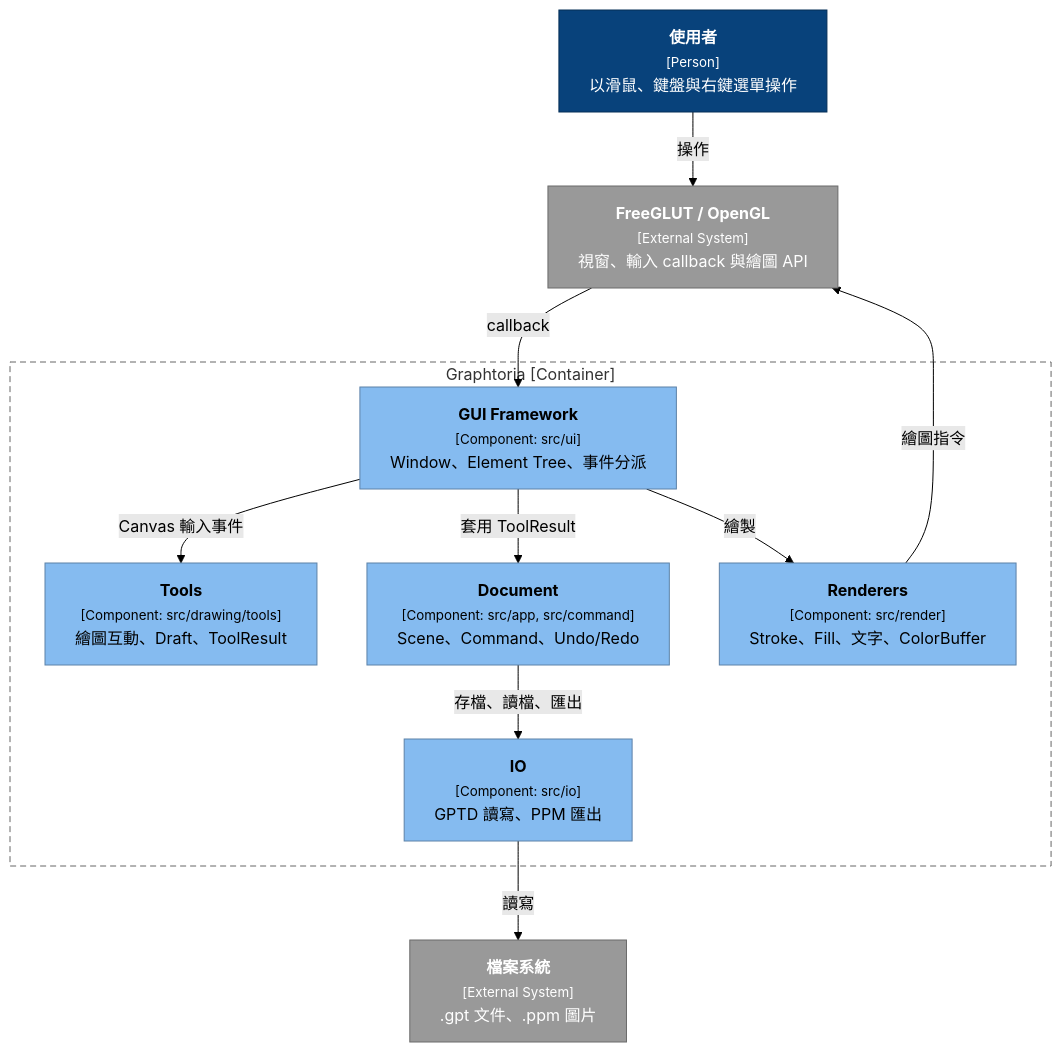
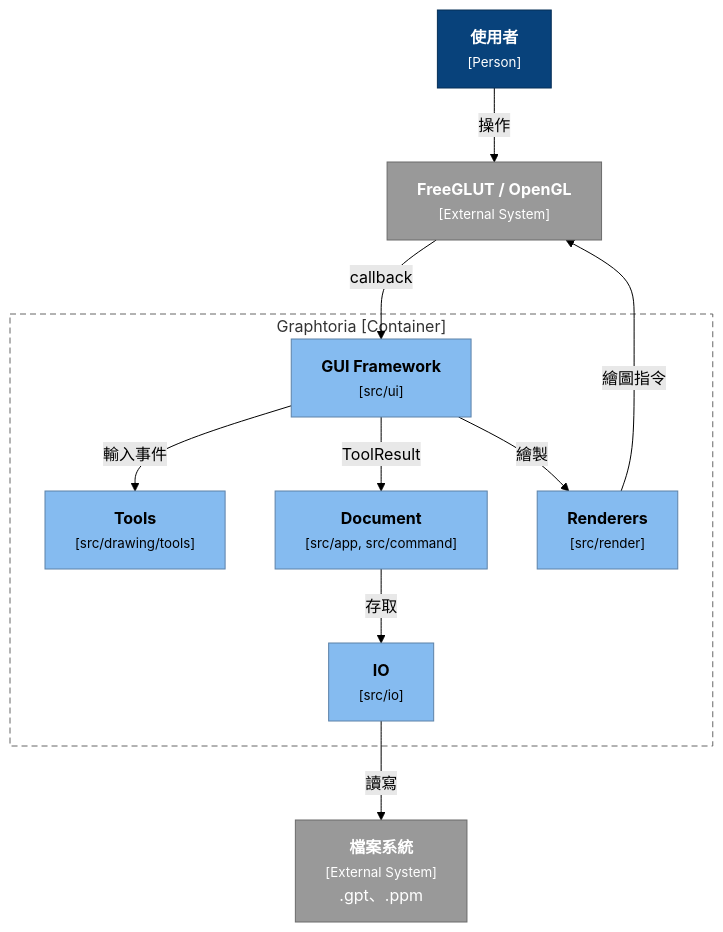
The diagram in docs/figures-src/app_c_c4-component.mmd (YuanOwO/CG-hw1-paint), drawn with Mermaid (forest theme) before and after one commit. The commit also changed 20 other files, not shown here.

```diff
--- a/docs/figures-src/app_c_c4-component.mmd
+++ b/docs/figures-src/app_c_c4-component.mmd
@@ -1,28 +1,27 @@
-%%{init: {"flowchart": {"wrappingWidth": 400}}}%%
 flowchart TB
-    user["<b>使用者</b><br/><small>[Person]</small><br/>以滑鼠、鍵盤與右鍵選單操作"]:::person
-    glut["<b>FreeGLUT / OpenGL</b><br/><small>[External System]</small><br/>視窗、輸入 callback 與繪圖 API"]:::ext
+    user["<b>使用者</b><br/><small>[Person]</small>"]:::person
+    glut["<b>FreeGLUT / OpenGL</b><br/><small>[External System]</small>"]:::ext
 
     subgraph app["Graphtoria [Container]"]
-        ui["<b>GUI Framework</b><br/><small>[Component: src/ui]</small><br/>Window、Element Tree、事件分派"]:::comp
-        tools["<b>Tools</b><br/><small>[Component: src/drawing/tools]</small><br/>繪圖互動、Draft、ToolResult"]:::comp
-        doc["<b>Document</b><br/><small>[Component: src/app, src/command]</small><br/>Scene、Command、Undo/Redo"]:::comp
-        render["<b>Renderers</b><br/><small>[Component: src/render]</small><br/>Stroke、Fill、文字、ColorBuffer"]:::comp
-        io["<b>IO</b><br/><small>[Component: src/io]</small><br/>GPTD 讀寫、PPM 匯出"]:::comp
+        ui["<b>GUI Framework</b><br/><small>[src/ui]</small>"]:::comp
+        tools["<b>Tools</b><br/><small>[src/drawing/tools]</small>"]:::comp
+        doc["<b>Document</b><br/><small>[src/app, src/command]</small>"]:::comp
+        render["<b>Renderers</b><br/><small>[src/render]</small>"]:::comp
+        io["<b>IO</b><br/><small>[src/io]</small>"]:::comp
     end
 
-    fs["<b>檔案系統</b><br/><small>[External System]</small><br/>.gpt 文件、.ppm 圖片"]:::ext
+    fs["<b>檔案系統</b><br/><small>[External System]</small><br/>.gpt、.ppm"]:::ext
 
     user -- "操作" --> glut
     glut -- "callback" --> ui
-    ui -- "Canvas 輸入事件" --> tools
-    ui -- "套用 ToolResult" --> doc
+    ui -- "輸入事件" --> tools
+    ui -- "ToolResult" --> doc
     ui -- "繪製" --> render
     render -- "繪圖指令" --> glut
-    doc -- "存檔、讀檔、匯出" --> io
+    doc -- "存取" --> io
     io -- "讀寫" --> fs
 
     classDef person fill:#08427b,stroke:#052e56,color:#fff
     classDef ext fill:#999999,stroke:#6b6b6b,color:#fff
     classDef comp fill:#85bbf0,stroke:#5d82a8,color:#000
     style app fill:#ffffff,stroke:#666,stroke-dasharray: 6 4
```
